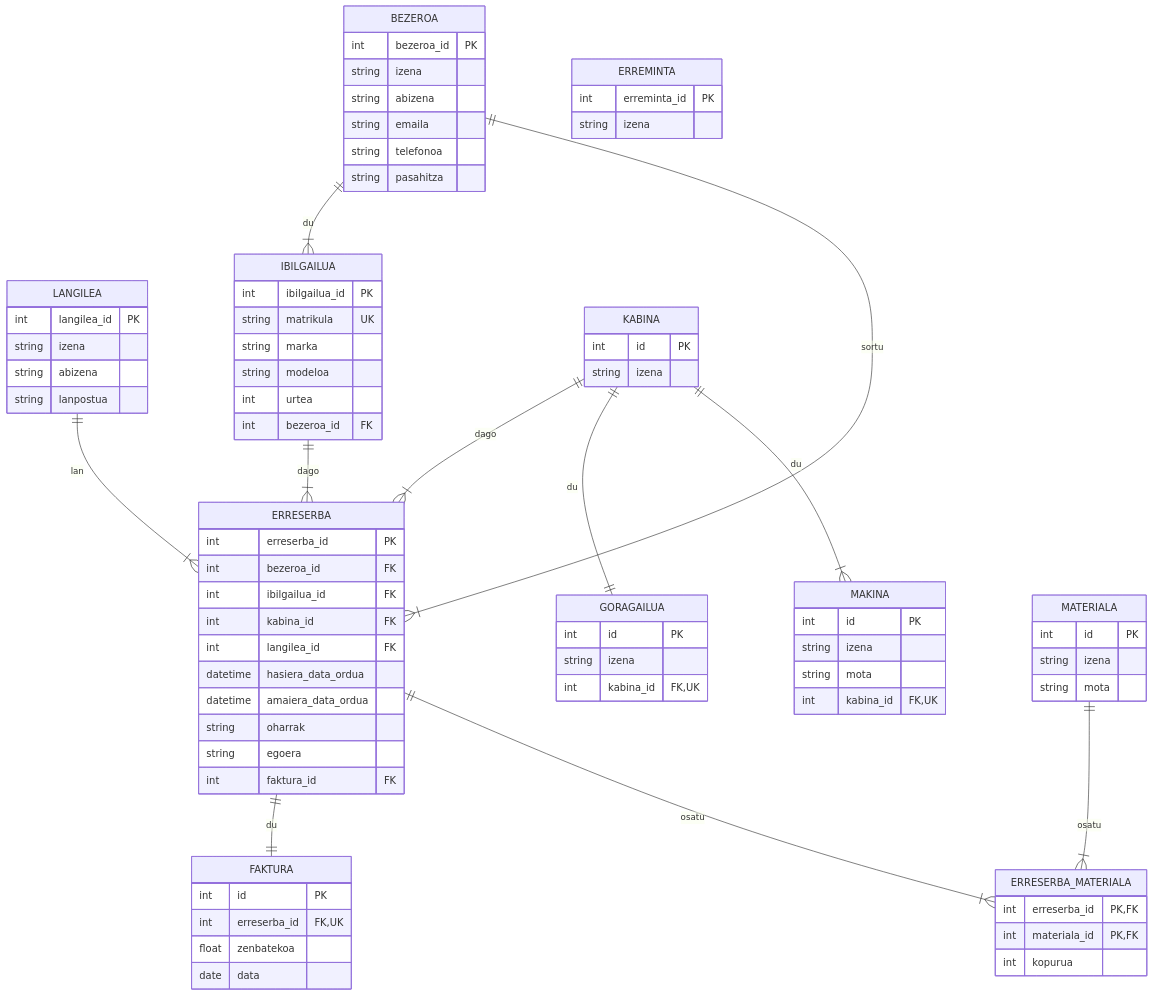
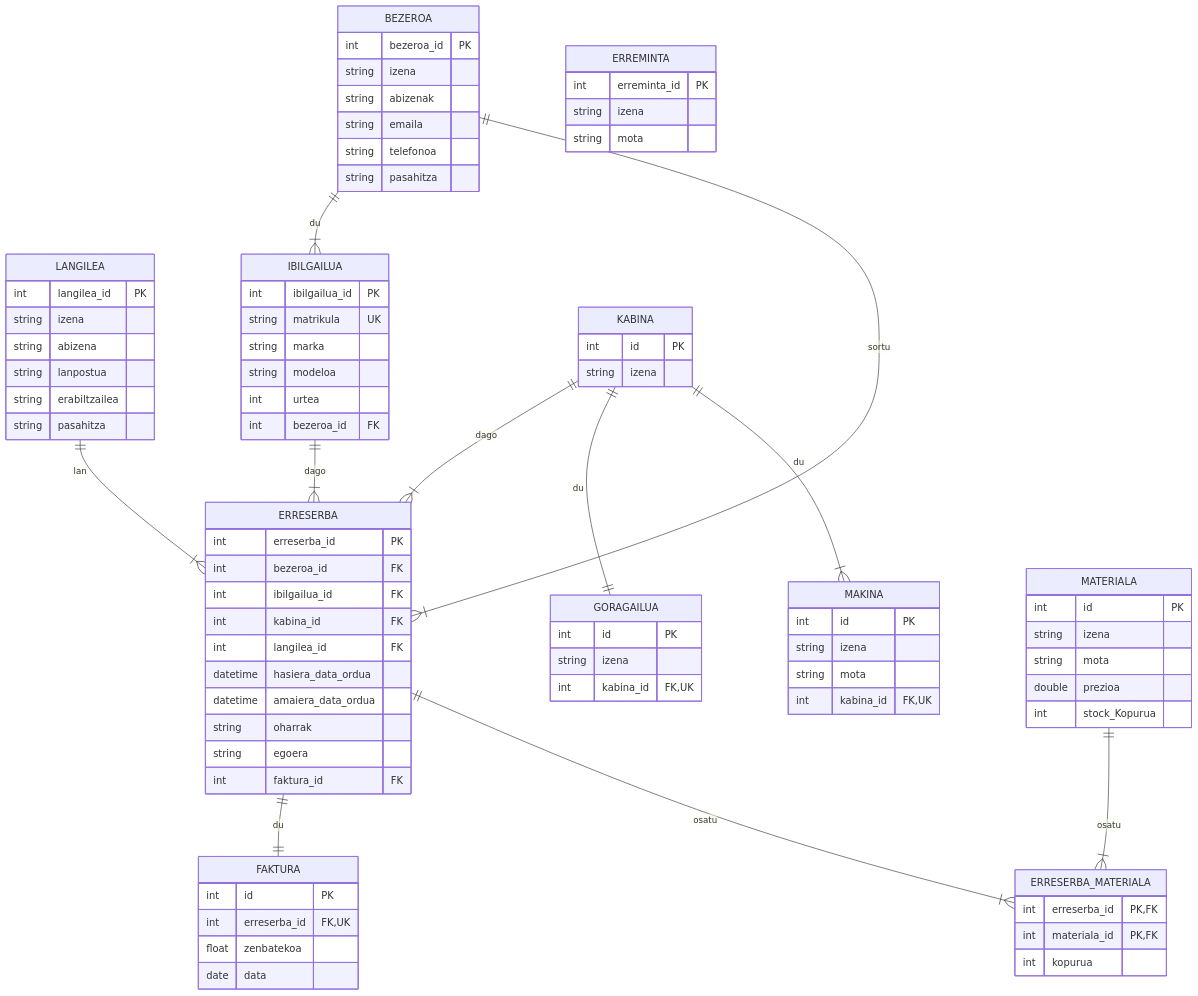
The third of 3 diagrams in README.md (lopezibon-dev/garajea), drawn with Mermaid before and after one commit. The commit also changed other lines of this file and 38 other files, not shown here.

```diff
--- a/README.md
+++ b/README.md
@@ -150,7 +160,7 @@
     BEZEROA {
       int bezeroa_id PK
       string izena
-      string abizena
+      string abizenak
       string emaila
       string telefonoa
       string pasahitza
@@ -160,6 +170,8 @@
       string izena
       string abizena
       string lanpostua
+      string erabiltzailea
+      string pasahitza
     }
     IBILGAILUA {
       int ibilgailua_id PK
@@ -199,6 +211,7 @@
     ERREMINTA {
       int erreminta_id PK
       string izena
+      string mota
     }
     MAKINA {
       int id PK
@@ -210,6 +223,8 @@
       int id PK
       string izena
       string mota
+      double prezioa
+      int stock_Kopurua 
     }
     ERRESERBA_MATERIALA {
       int erreserba_id PK, FK
```
